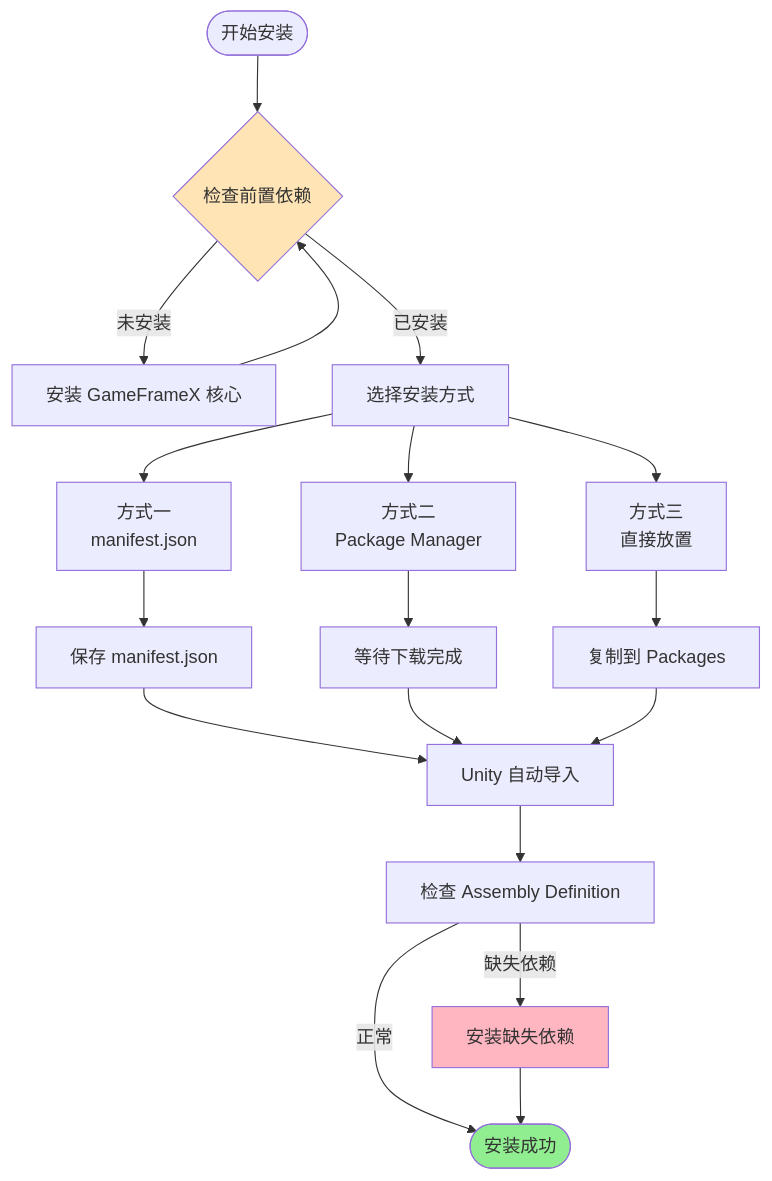
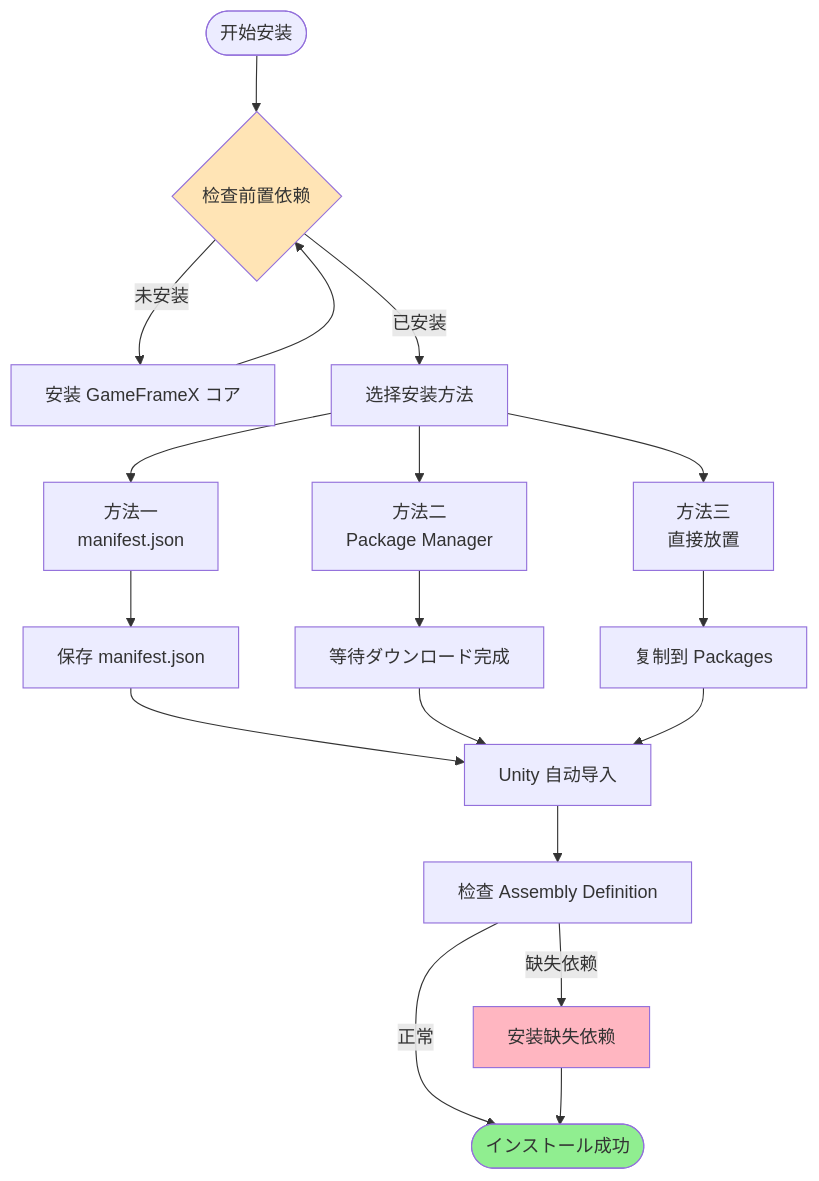
One commit to AlianBlank/GameFrameX.Docs changed the second of 2 diagrams in docs/ja/client/unity/component/scene/02.installation.md. Above: the diagram before and after it, drawn with Mermaid. The commit also changed other lines of this file and 603 other files, not shown here.

````diff
--- a/docs/ja/client/unity/component/scene/02.installation.md
+++ b/docs/ja/client/unity/component/scene/02.installation.md
@@ -102,29 +102,29 @@
 ```mermaid
 flowchart TD
     Start([开始安装]) --> Check{检查前置依赖}
     
-    Check -->|未安装| InstallCore["安装 GameFrameX 核心"]
+    Check -->|未安装| InstallCore["安装 GameFrameX コア"]
     InstallCore --> Check
-    Check -->|已安装| SelectMethod[选择安装方式]
+    Check -->|已安装| SelectMethod[选择安装方法]
     
-    SelectMethod --> M1["方式一<br/>manifest.json"]
-    SelectMethod --> M2["方式二<br/>Package Manager"]
-    SelectMethod --> M3["方式三<br/>直接放置"]
+    SelectMethod --> M1["方法一<br/>manifest.json"]
+    SelectMethod --> M2["方法二<br/>Package Manager"]
+    SelectMethod --> M3["方法三<br/>直接放置"]
     
     M1 --> Verify1[保存 manifest.json]
-    M2 --> Verify2[等待下载完成]
+    M2 --> Verify2[等待ダウンロード完成]
     M3 --> Verify3[复制到 Packages]
     
     Verify1 --> Import["Unity 自动导入"]
     Verify2 --> Import
     Verify3 --> Import
     
     Import --> CheckAsmdef["检查 Assembly Definition"]
-    CheckAsmdef -->|正常| Success([安装成功])
+    CheckAsmdef -->|正常| Success([インストール成功])
     CheckAsmdef -->|缺失依赖| FixDep["安装缺失依赖"]
     FixDep --> Success
     
     style Success fill:#90EE90
     style Check fill:#FFE4B5
     style FixDep fill:#FFB6C1
 ```
````
